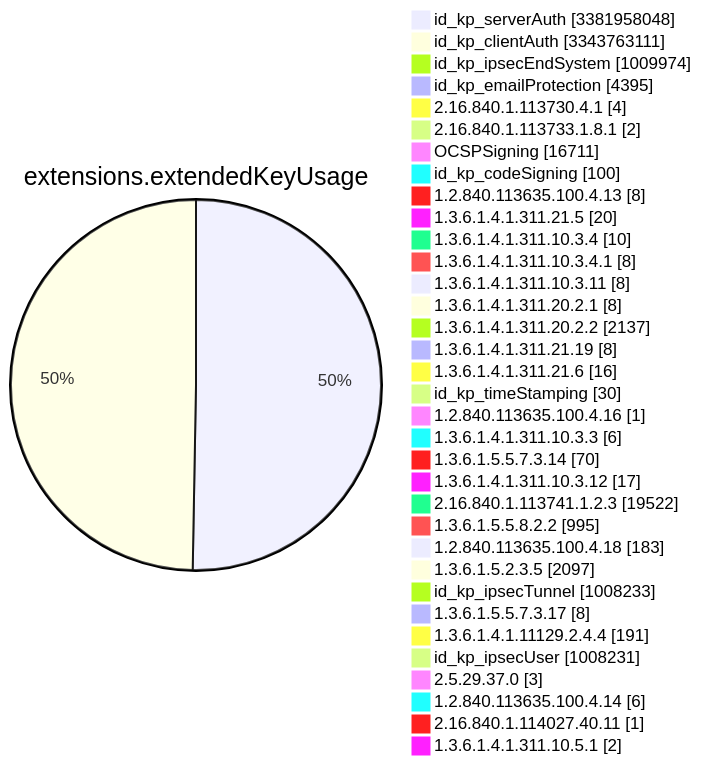
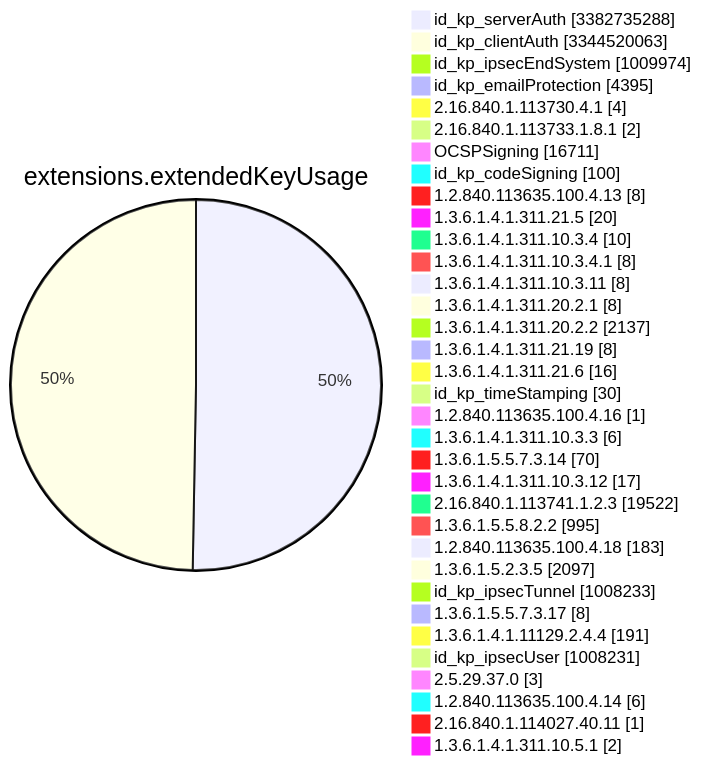
One commit to christiankrug/ctmonitor_visualization changed diagram 11 of 15 in TOTAL/README.md. Above: the diagram before and after it, drawn with Mermaid. The commit also changed other lines of this file, not shown here.

````diff
--- a/TOTAL/README.md
+++ b/TOTAL/README.md
@@ -4120,38 +4120,38 @@
 ```mermaid
 pie showData
 title extensions.extendedKeyUsage
-"id_kp_serverAuth" :3381958048
-"id_kp_clientAuth" :3343763111
+"id_kp_serverAuth" :3382735288
+"id_kp_clientAuth" :3344520063
 "id_kp_ipsecEndSystem" :1009974
 "id_kp_emailProtection" :4395
 "2.16.840.1.113730.4.1" :4
 "2.16.840.1.113733.1.8.1" :2
 "OCSPSigning" :16711
 "id_kp_codeSigning" :100
 "1.2.840.113635.100.4.13" :8
 "1.3.6.1.4.1.311.21.5" :20
 "1.3.6.1.4.1.311.10.3.4" :10
 "1.3.6.1.4.1.311.10.3.4.1" :8
 "1.3.6.1.4.1.311.10.3.11" :8
 "1.3.6.1.4.1.311.20.2.1" :8
 "1.3.6.1.4.1.311.20.2.2" :2137
 "1.3.6.1.4.1.311.21.19" :8
 "1.3.6.1.4.1.311.21.6" :16
 "id_kp_timeStamping" :30
 "1.2.840.113635.100.4.16" :1
 "1.3.6.1.4.1.311.10.3.3" :6
 "1.3.6.1.5.5.7.3.14" :70
 "1.3.6.1.4.1.311.10.3.12" :17
 "2.16.840.1.113741.1.2.3" :19522
 "1.3.6.1.5.5.8.2.2" :995
 "1.2.840.113635.100.4.18" :183
 "1.3.6.1.5.2.3.5" :2097
 "id_kp_ipsecTunnel" :1008233
 "1.3.6.1.5.5.7.3.17" :8
 "1.3.6.1.4.1.11129.2.4.4" :191
 "id_kp_ipsecUser" :1008231
 "2.5.29.37.0" :3
 "1.2.840.113635.100.4.14" :6
 "2.16.840.1.114027.40.11" :1
 "1.3.6.1.4.1.311.10.5.1" :2
 ```
````
